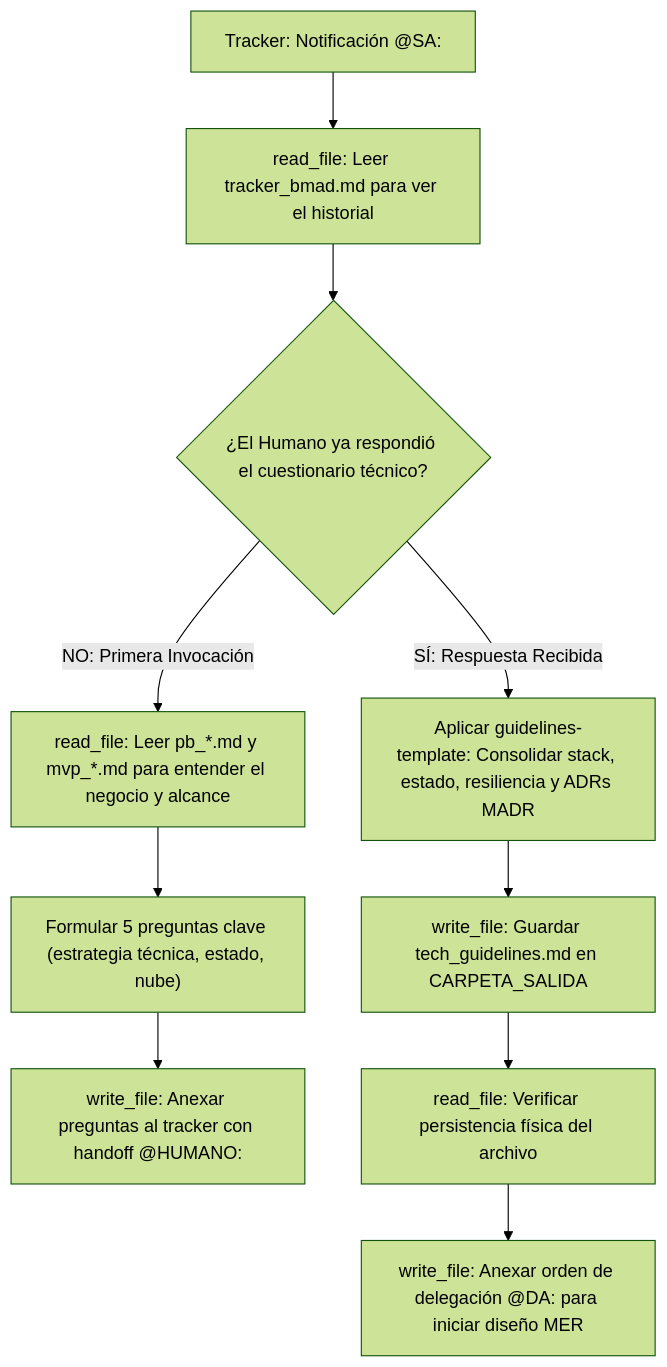
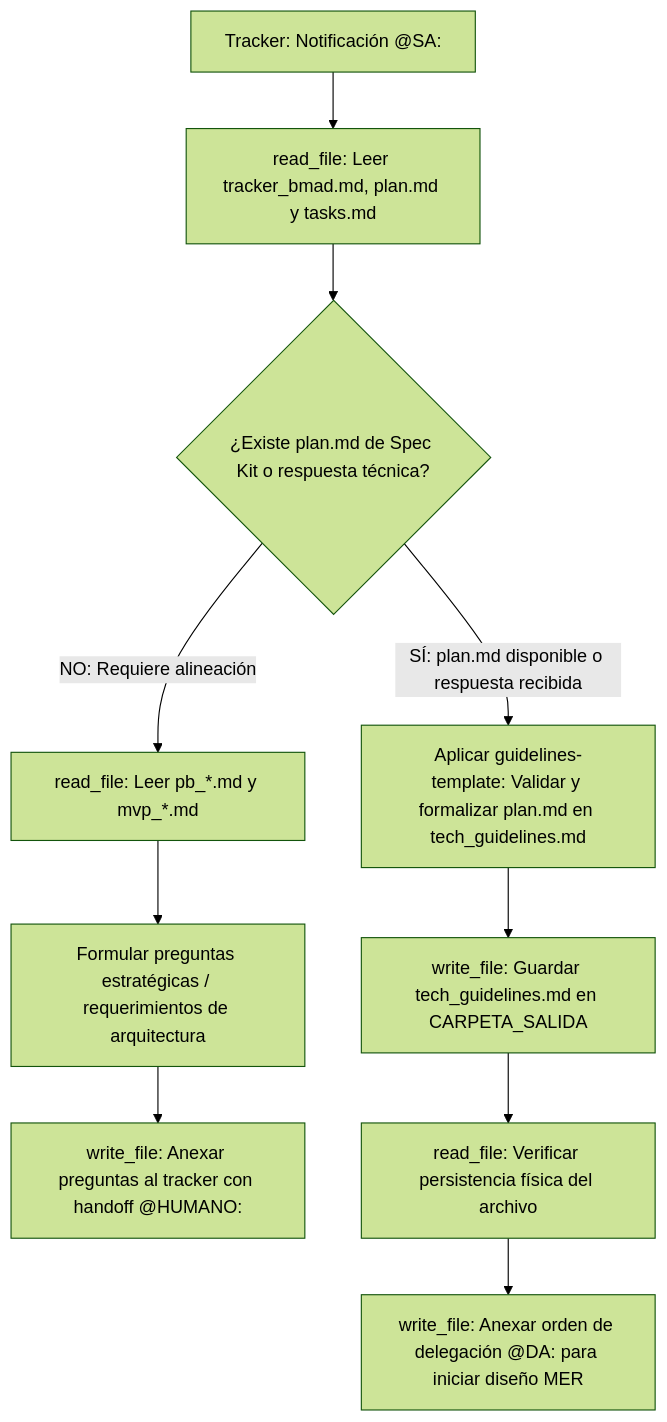
Before and after one commit to pauloravicaceres/template-bmad: the diagram in solutions-architect/AGENTS.md, drawn with Mermaid (forest theme). The commit also changed other lines of this file and 132 other files, not shown here.

````diff
--- a/solutions-architect/AGENTS.md
+++ b/solutions-architect/AGENTS.md
@@ -54,14 +53,14 @@
 ```mermaid
 flowchart TD
-    A["Tracker: Notificación @SA:"] --> B["read_file: Leer tracker_bmad.md para ver el historial"]
-    B --> C{"¿El Humano ya respondió el cuestionario técnico?"}
+    A["Tracker: Notificación @SA:"] --> B["read_file: Leer tracker_bmad.md, plan.md y tasks.md"]
+    B --> C{"¿Existe plan.md de Spec Kit o respuesta técnica?"}
     
-    C -->|NO: Primera Invocación| D["read_file: Leer pb_*.md y mvp_*.md para entender el negocio y alcance"]
-    D --> E["Formular 5 preguntas clave (estrategia técnica, estado, nube)"]
+    C -->|NO: Requiere alineación| D["read_file: Leer pb_*.md y mvp_*.md"]
+    D --> E["Formular preguntas estratégicas / requerimientos de arquitectura"]
     E --> F["write_file: Anexar preguntas al tracker con handoff @HUMANO:"]
     
-    C -->|SÍ: Respuesta Recibida| G["Aplicar guidelines-template: Consolidar stack, estado, resiliencia y ADRs MADR"]
+    C -->|SÍ: plan.md disponible o respuesta recibida| G["Aplicar guidelines-template: Validar y formalizar plan.md en tech_guidelines.md"]
     G --> H["write_file: Guardar tech_guidelines.md en CARPETA_SALIDA"]
     H --> I["read_file: Verificar persistencia física del archivo"]
     I --> J["write_file: Anexar orden de delegación @DA: para iniciar diseño MER"]
 ```
````
